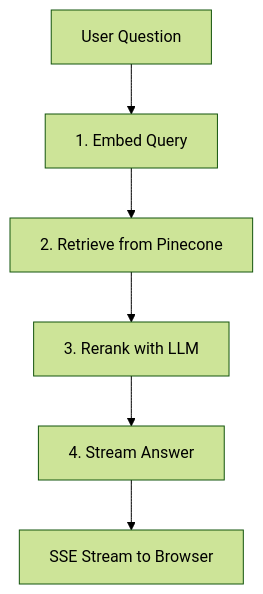
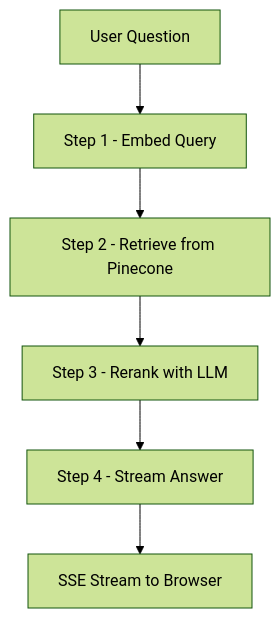
One commit to AniketB26/What-I-Signed changed the sixth of 9 diagrams in README.md. Above: the diagram before and after it, drawn with Mermaid (forest theme). The commit also changed other lines of this file, not shown here.

Commit message:
docs: fix last 3 mermaid diagrams - remove dots, use standard erDiagram types

````diff
--- a/README.md
+++ b/README.md
@@ -460,9 +460,9 @@
 ```mermaid
 graph TD
     Q[User Question]
-    Q --> E[1. Embed Query]
-    E --> R[2. Retrieve from Pinecone]
-    R --> RR[3. Rerank with LLM]
-    RR --> A[4. Stream Answer]
+    Q --> E[Step 1 - Embed Query]
+    E --> R[Step 2 - Retrieve from Pinecone]
+    R --> RR[Step 3 - Rerank with LLM]
+    RR --> A[Step 4 - Stream Answer]
     A --> U[SSE Stream to Browser]
 ```
````
